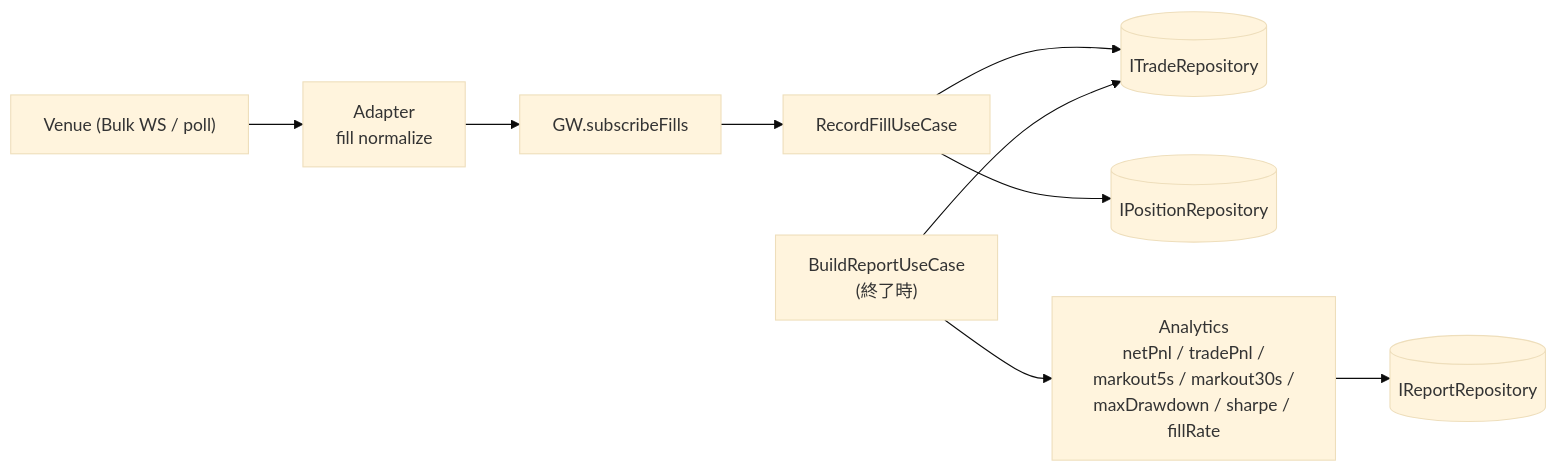
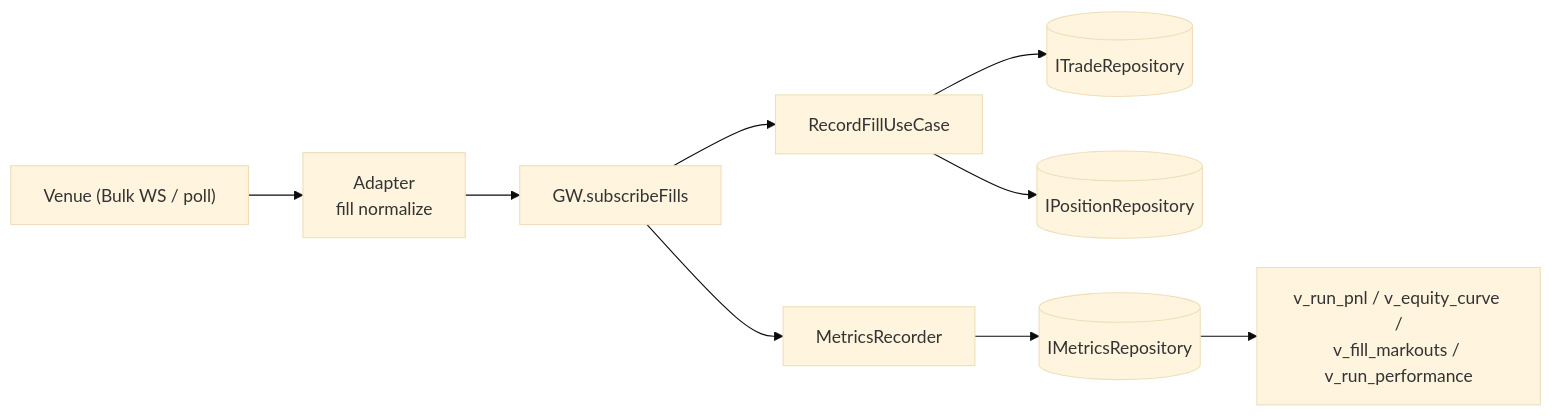
One commit to posaune0423/simple-mm-bot changed the eighth of 8 diagrams in docs/ARCHITECTURE.md. Above: the diagram before and after it, drawn with Mermaid (base theme). The commit also changed other lines of this file and 86 other files, not shown here.

Commit message:
refactor metrics fact storage

````diff
--- a/docs/ARCHITECTURE.md
+++ b/docs/ARCHITECTURE.md
@@ -314,12 +314,12 @@
 ```mermaid
 flowchart LR
     Venue["Venue (Bulk WS / poll)"] --> AdpFill["Adapter\nfill normalize"]
     AdpFill --> Listener["GW.subscribeFills"]
     Listener --> RFU["RecordFillUseCase"]
     RFU --> TradeRepo[("ITradeRepository")]
     RFU --> PosRepo[("IPositionRepository")]
 
-    BR["BuildReportUseCase\n(終了時)"] --> TradeRepo
-    BR --> Ana["Analytics\nnetPnl / tradePnl /\nmarkout5s / markout30s /\nmaxDrawdown / sharpe / fillRate"]
-    Ana --> ReportRepo[("IReportRepository")]
+    Listener --> Metrics["MetricsRecorder"]
+    Metrics --> FactRepo[("IMetricsRepository")]
+    FactRepo --> Views["v_run_pnl / v_equity_curve /\nv_fill_markouts / v_run_performance"]
 ```
````
